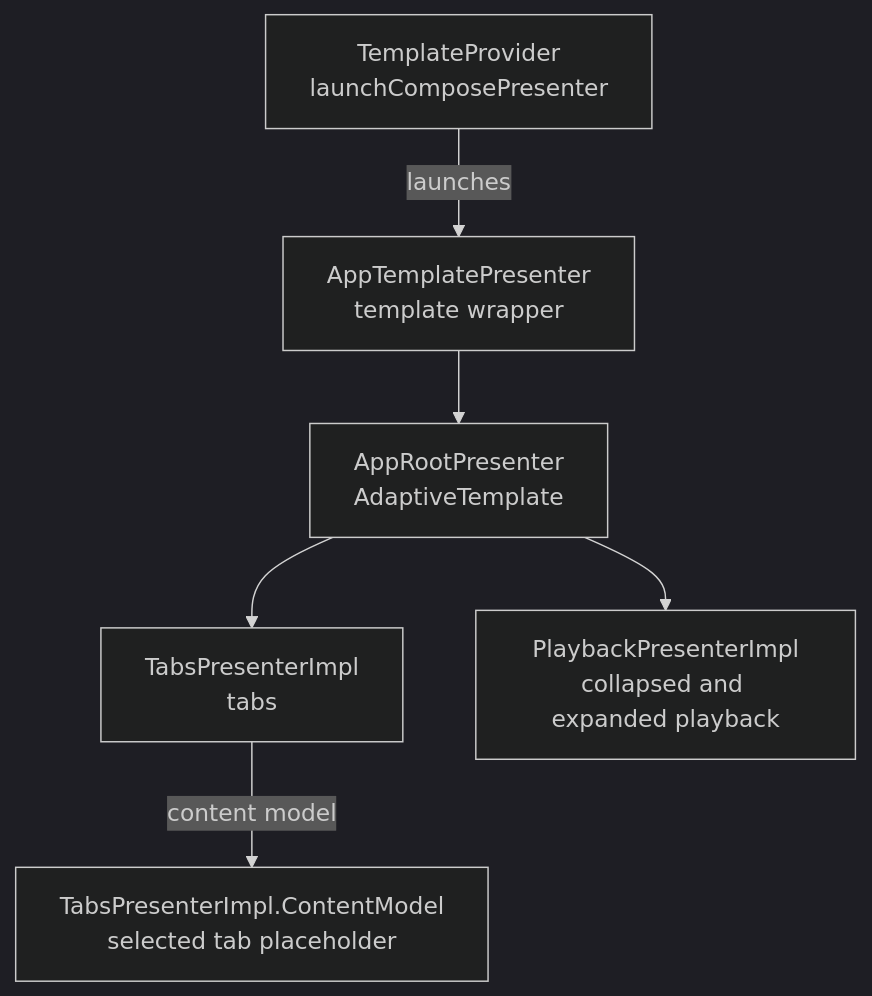
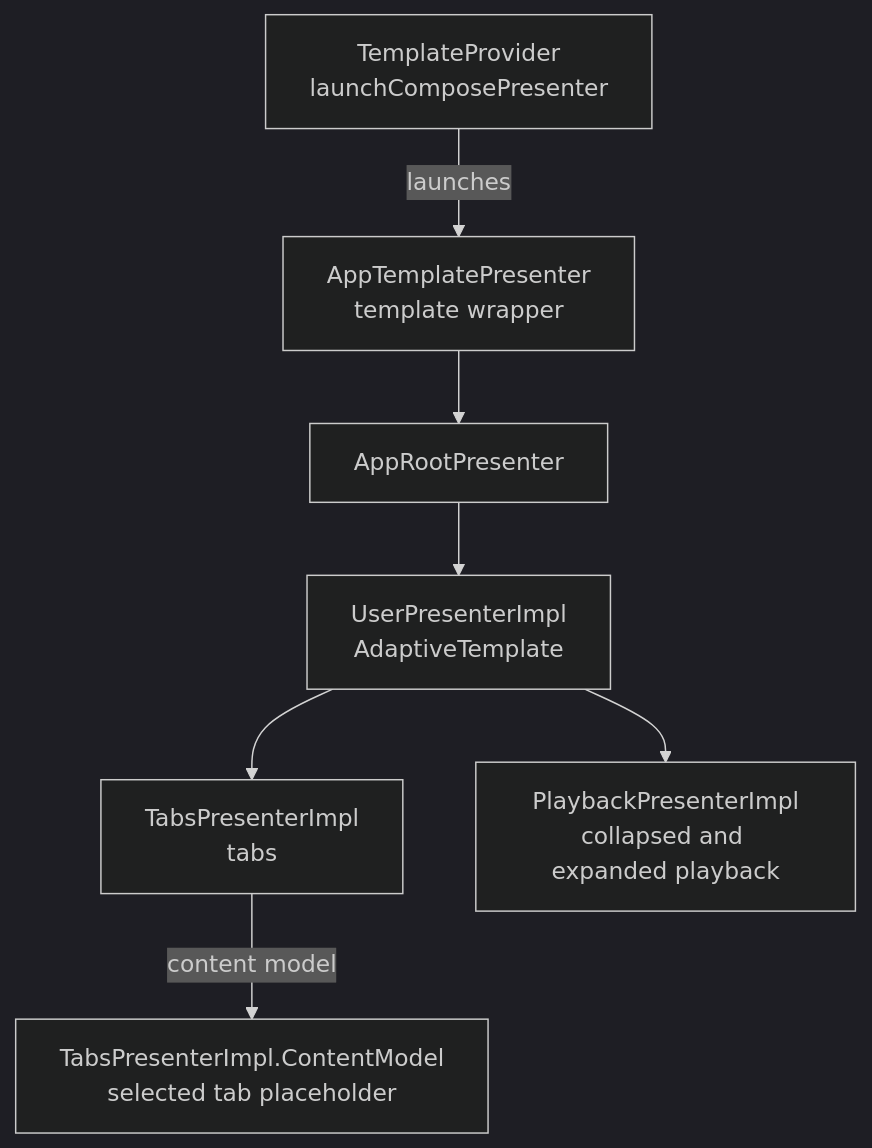
One commit to vRallev/storymile changed the diagram in docs/presenter-hierarchy.md. Above: the diagram before and after it, drawn with Mermaid (dark theme). The commit also changed other lines of this file and 12 other files, not shown here.

First line of the commit message:
Move playback and tabs into the user scope (#67)

````diff
--- a/docs/presenter-hierarchy.md
+++ b/docs/presenter-hierarchy.md
@@ -8,15 +8,17 @@
 ```mermaid
 flowchart TD
   TemplateProvider["TemplateProvider\nlaunchComposePresenter"]
   AppTemplatePresenter["AppTemplatePresenter\ntemplate wrapper"]
-  AppRootPresenter["AppRootPresenter\nAdaptiveTemplate"]
+  AppRootPresenter["AppRootPresenter"]
+  UserPresenter["UserPresenterImpl\nAdaptiveTemplate"]
   TabContent["TabsPresenterImpl.ContentModel\nselected tab placeholder"]
   TabsPresenter["TabsPresenterImpl\ntabs"]
   PlaybackPresenter["PlaybackPresenterImpl\ncollapsed and expanded playback"]
 
   TemplateProvider -->|launches| AppTemplatePresenter
   AppTemplatePresenter --> AppRootPresenter
-  AppRootPresenter --> TabsPresenter
+  AppRootPresenter --> UserPresenter
+  UserPresenter --> TabsPresenter
   TabsPresenter -->|content model| TabContent
-  AppRootPresenter --> PlaybackPresenter
+  UserPresenter --> PlaybackPresenter
 ```
````
